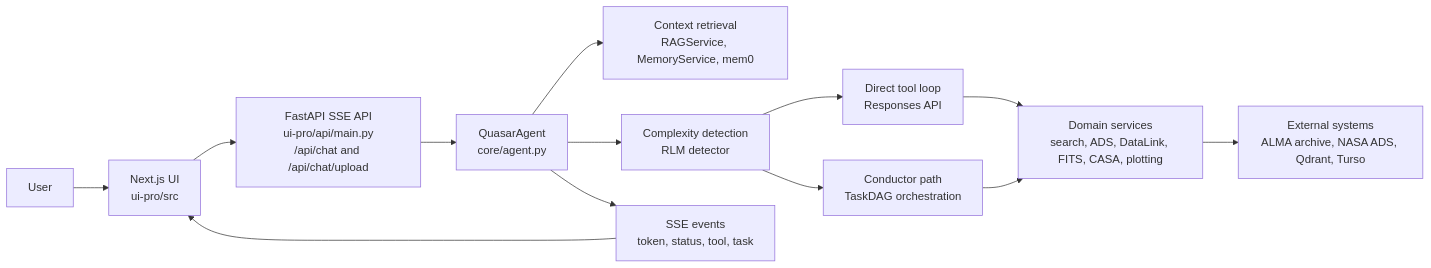
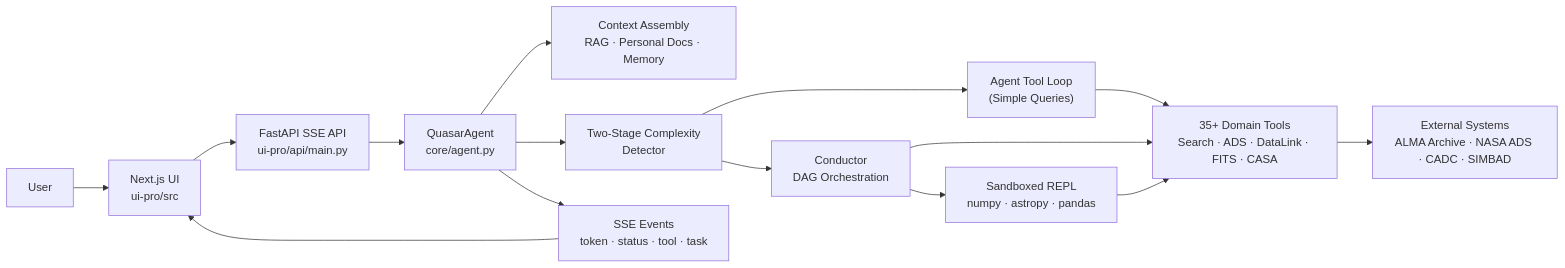
One commit to adamzacharia/Quasar changed the diagram in README.md. Above: the diagram before and after it, drawn with Mermaid. The commit also changed other lines of this file and 5 other files, not shown here.

````diff
--- a/README.md
+++ b/README.md
@@ -24,24 +42,27 @@
 ```mermaid
 flowchart LR
     U["User"]
     FE["Next.js UI<br/>ui-pro/src"]
-    API["FastAPI SSE API<br/>ui-pro/api/main.py<br/>/api/chat and /api/chat/upload"]
+    API["FastAPI SSE API<br/>ui-pro/api/main.py"]
     AG["QuasarAgent<br/>core/agent.py"]
-    CTX["Context retrieval<br/>RAGService, MemoryService, mem0"]
-    CD["Complexity detection<br/>RLM detector"]
-    DIRECT["Direct tool loop<br/>Responses API"]
-    COND["Conductor path<br/>TaskDAG orchestration"]
-    SVC["Domain services<br/>search, ADS, DataLink, FITS, CASA, plotting"]
-    EXT["External systems<br/>ALMA archive, NASA ADS, Qdrant, Turso"]
-    SSE["SSE events<br/>token, status, tool, task"]
+    CTX["Context Assembly<br/>RAG · Personal Docs · Memory"]
+    CD["Two-Stage Complexity<br/>Detector"]
+    DIRECT["Agent Tool Loop<br/>(Simple Queries)"]
+    COND["Conductor<br/>DAG Orchestration"]
+    REPL["Sandboxed REPL<br/>numpy · astropy · pandas"]
+    SVC["35+ Domain Tools<br/>Search · ADS · DataLink · FITS · CASA"]
+    EXT["External Systems<br/>ALMA Archive · NASA ADS · CADC · SIMBAD"]
+    SSE["SSE Events<br/>token · status · tool · task"]
 
     U --> FE --> API --> AG
     AG --> CTX
     AG --> CD
     CD --> DIRECT
     CD --> COND
     DIRECT --> SVC
     COND --> SVC
+    COND --> REPL
+    REPL --> SVC
     SVC --> EXT
     AG --> SSE --> FE
 ```
````
